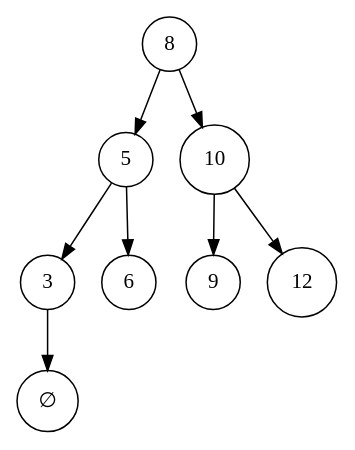
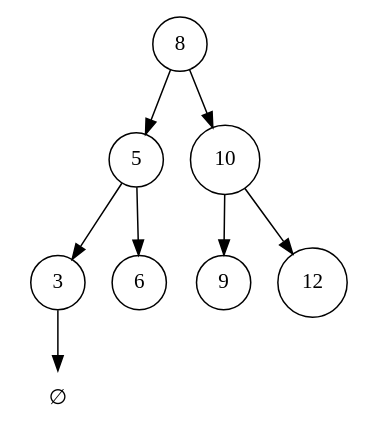
One commit to nrinaudo/nrinaudo.github.com changed the diagram in src/hakyll/images/binary-search-trees/contains4.dot. Above: the diagram before and after it, drawn with Graphviz. The commit also changed 1 other file, not shown here.

```diff
--- a/src/hakyll/images/binary-search-trees/contains4.dot
+++ b/src/hakyll/images/binary-search-trees/contains4.dot
@@ -1,20 +1,20 @@
 digraph simple {
     node  [shape=circle]
     graph [ordering=out]
 
     8 [nodetype=marked]
     5 [nodetype=marked]
     3 [nodetype=marked]
-    na [label="∅" nodetype=error]
+    na [label="∅" shape=none nodetype=error]
 
     8 -> 5 [edgetype=marked]
     8 -> 10
 
     5 -> 3 [edgetype=marked]
     5 -> 6
 
-    3 -> na [edgetype=marked]
+    3 -> na [edgetype=error]
 
     10 -> 9
     10 -> 12
 }
```
